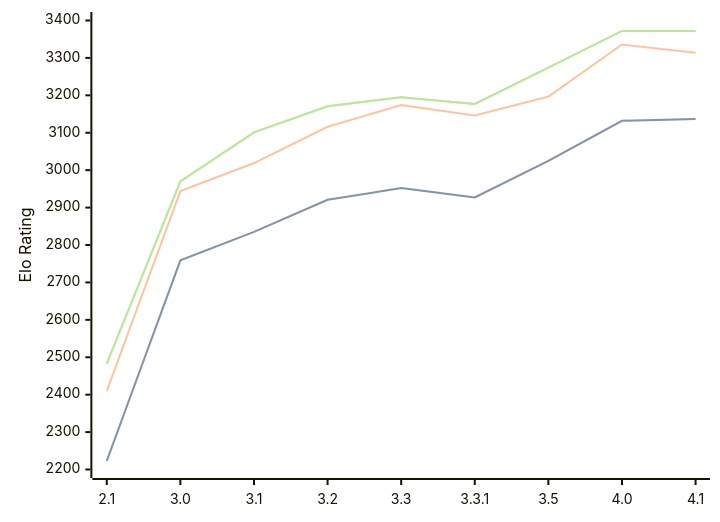
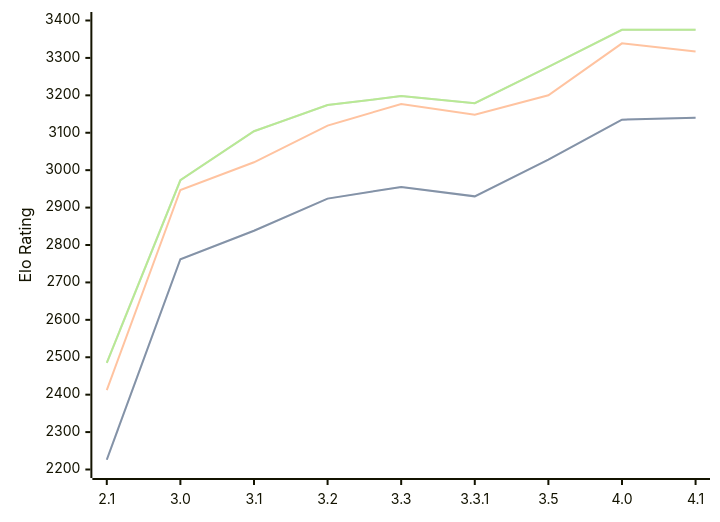
Before and after one commit to computer-chess-index/cci: the diagram in engines/Petrel.md, drawn with Mermaid. The commit also changed other lines of this file, not shown here.

Commit message:
Update CCI Ratings (ELO VLTC) - 2026-09-24

````diff
--- a/engines/Petrel.md
+++ b/engines/Petrel.md
@@ -39,11 +39,11 @@
 ```mermaid
 %%{init: {"theme":"base","themeVariables":{"seriesColors:['#a3a3a3','#222221','#faa371']}}}%%
 xychart-beta
   x-axis ["2.1", "3.0", "3.1", "3.2", "3.3", "3.3.1", "3.5", "4.0", "4.1"]
   y-axis "Elo Rating" 2200 --> 3400
-  line "" [2223, 2759, 2835, 2921, 2952, 2927, 3025, 3132, 3137]
-  line "STC (8.0+0.08s)" [2223, 2759, 2835, 2921, 2952, 2927, 3025, 3132, 3137]
-  line "LTC (60.0+0.60s)" [2410, 2944, 3019, 3116, 3174, 3146, 3197, 3336, 3314]
-  line "" [2483, 2970, 3101, 3171, 3195, 3177, 3274, 3372, 3372]
-  line "VLTC (2m24s+1.12s)" [2483, 2970, 3101, 3171, 3195, 3177, 3274, 3372, 3372]
+  line "" [2226, 2762, 2838, 2924, 2955, 2930, 3028, 3135, 3140]
+  line "STC (8.0+0.08s)" [2226, 2762, 2838, 2924, 2955, 2930, 3028, 3135, 3140]
+  line "LTC (60.0+0.60s)" [2412, 2947, 3021, 3119, 3177, 3148, 3200, 3339, 3317]
+  line "" [2485, 2973, 3104, 3174, 3198, 3179, 3276, 3375, 3375]
+  line "VLTC (2m24s+1.12s)" [2485, 2973, 3104, 3174, 3198, 3179, 3276, 3375, 3375]
 ```
````
